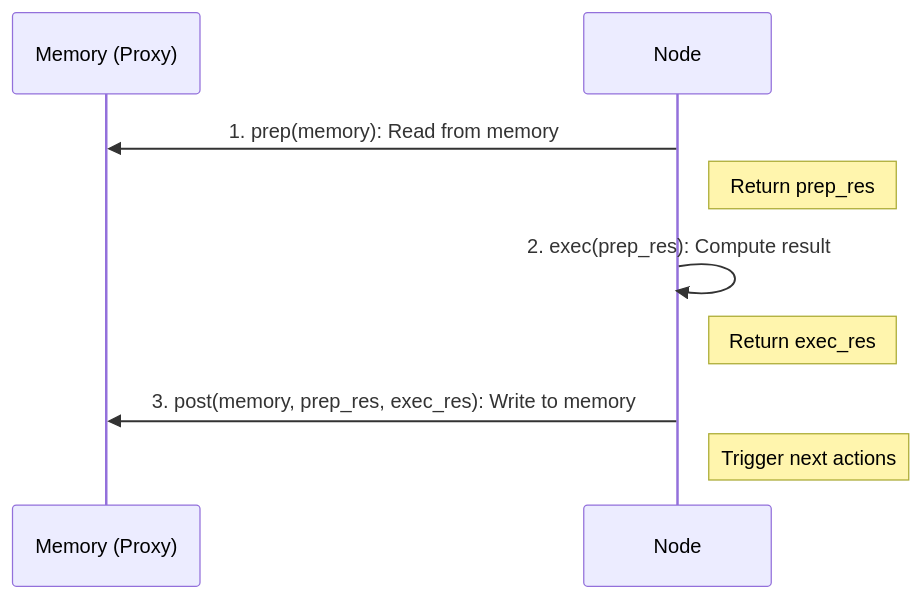
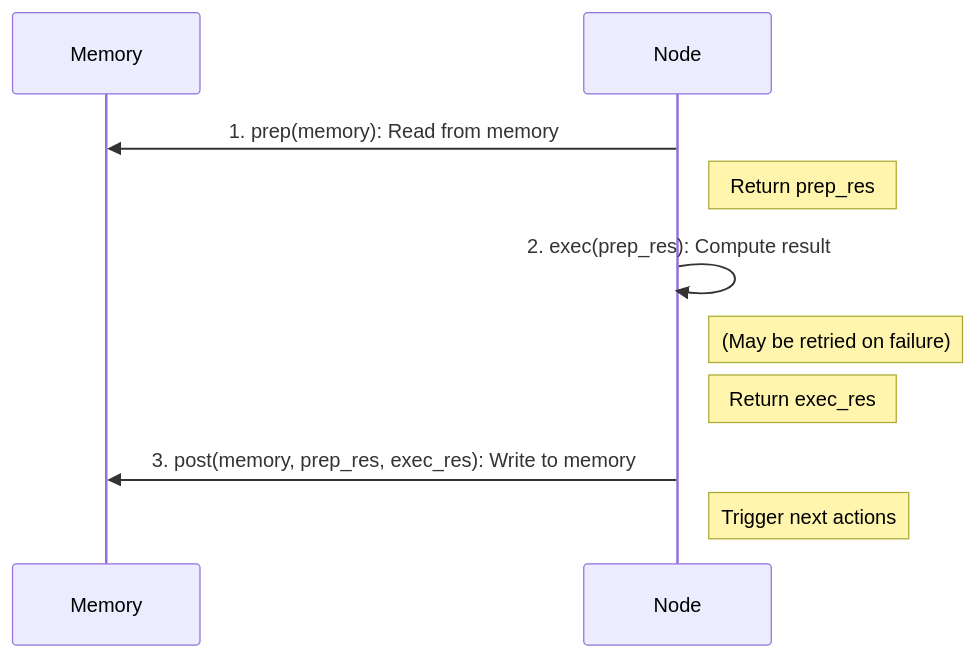
Before and after one commit to skadaai/caskada: the diagram in docs/core_abstraction/node.md, drawn with Mermaid. The commit also changed other lines of this file and 19 other files, not shown here.

````diff
--- a/docs/core_abstraction/node.md
+++ b/docs/core_abstraction/node.md
@@ -46,14 +34,15 @@
 ```mermaid
 sequenceDiagram
-    participant M as Memory (Proxy)
+    participant M as Memory
     participant N as Node
 
     N->>M: 1. prep(memory): Read from memory
     Note right of N: Return prep_res
 
     N->>N: 2. exec(prep_res): Compute result
+    Note right of N: (May be retried on failure)
     Note right of N: Return exec_res
 
     N->>M: 3. post(memory, prep_res, exec_res): Write to memory
     Note right of N: Trigger next actions
 ```
````
